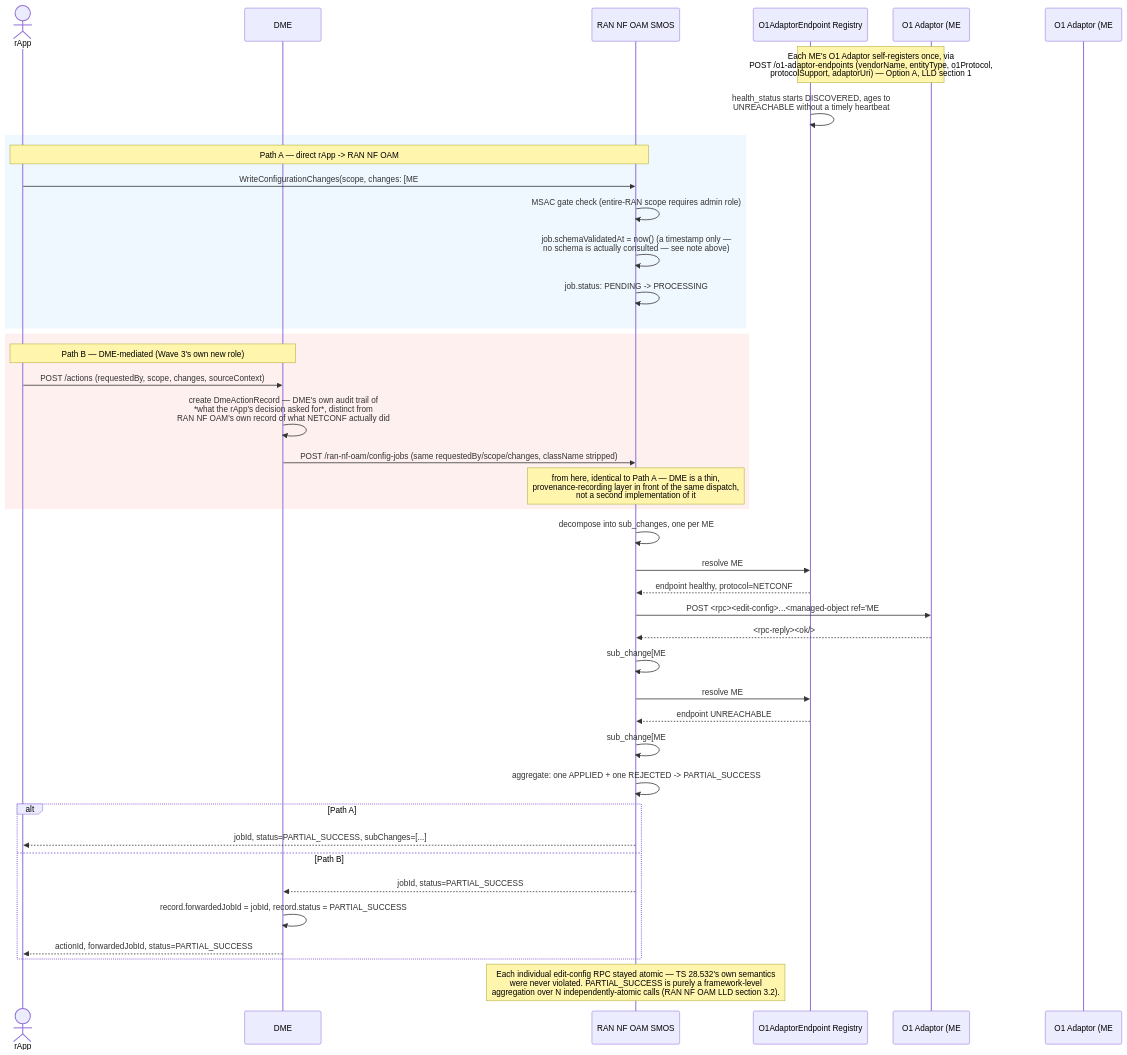
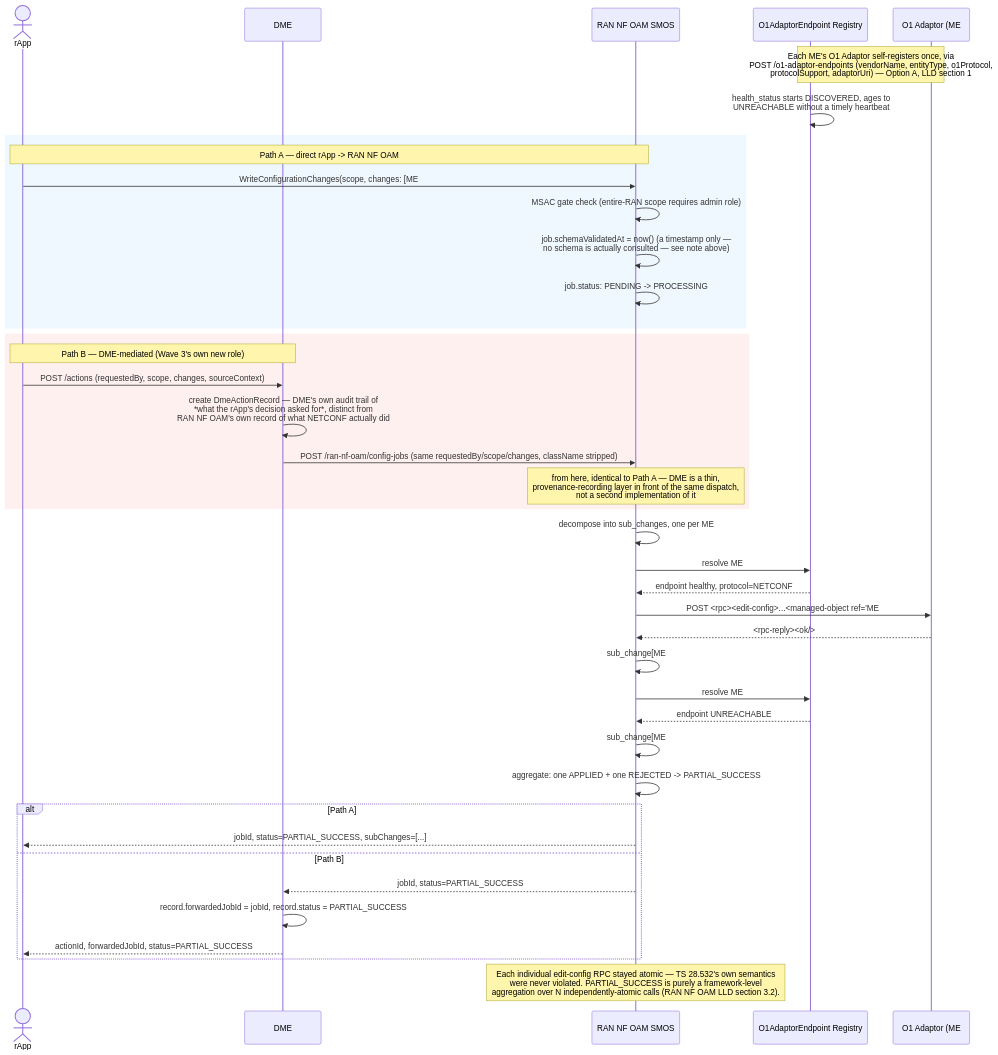
One commit to rsys-bshankar/ai-ran-ref changed the diagram in smo/docs/call-flows/03-config-write-with-schema-check.md. Above: the diagram before and after it, drawn with Mermaid. The commit also changed other lines of this file and 11 other files, not shown here.

First line of the commit message:
Ground 10 call flows against the user's architectural review, write up 7 AI/ML-pipeline gaps in OPEN_ITEMS.md

````diff
--- a/smo/docs/call-flows/03-config-write-with-schema-check.md
+++ b/smo/docs/call-flows/03-config-write-with-schema-check.md
@@ -20,50 +34,49 @@
 ```mermaid
 sequenceDiagram
     actor rApp
     participant DME as DME
     participant NFOAM as RAN NF OAM SMOS
     participant Registry as O1AdaptorEndpoint Registry
     participant EP1 as O1 Adaptor (ME #1)
-    participant EP2 as O1 Adaptor (ME #2)
 
     Note over EP1,Registry: Each ME's O1 Adaptor self-registers once, via<br/>POST /o1-adaptor-endpoints (vendorName, entityType, o1Protocol,<br/>protocolSupport, adaptorUri) — Option A, LLD section 1
     Registry->>Registry: health_status starts DISCOVERED, ages to<br/>UNREACHABLE without a timely heartbeat
 
     rect rgb(240, 248, 255)
     Note over rApp,NFOAM: Path A — direct rApp -> RAN NF OAM
     rApp->>NFOAM: WriteConfigurationChanges(scope, changes: [ME#1 change, ME#2 change])
     NFOAM->>NFOAM: MSAC gate check (entire-RAN scope requires admin role)
     NFOAM->>NFOAM: job.schemaValidatedAt = now() (a timestamp only —<br/>no schema is actually consulted — see note above)
     NFOAM->>NFOAM: job.status: PENDING -> PROCESSING
     end
 
     rect rgb(255, 240, 240)
     Note over rApp,DME: Path B — DME-mediated (Wave 3's own new role)
     rApp->>DME: POST /actions (requestedBy, scope, changes, sourceContext)
     DME->>DME: create DmeActionRecord — DME's own audit trail of<br/>*what the rApp's decision asked for*, distinct from<br/>RAN NF OAM's own record of what NETCONF actually did
     DME->>NFOAM: POST /ran-nf-oam/config-jobs (same requestedBy/scope/changes, className stripped)
     Note over NFOAM: from here, identical to Path A — DME is a thin,<br/>provenance-recording layer in front of the same dispatch,<br/>not a second implementation of it
     end
 
     NFOAM->>NFOAM: decompose into sub_changes, one per ME
     NFOAM->>Registry: resolve ME#1's endpoint
     Registry-->>NFOAM: endpoint healthy, protocol=NETCONF
     NFOAM->>EP1: POST <rpc><edit-config>...<managed-object ref="ME#1" operation="merge">...(RFC 6241, netconf_client.py)
     EP1-->>NFOAM: <rpc-reply><ok/>
     NFOAM->>NFOAM: sub_change[ME#1].status = APPLIED
 
     NFOAM->>Registry: resolve ME#2's endpoint
     Registry-->>NFOAM: endpoint UNREACHABLE
     NFOAM->>NFOAM: sub_change[ME#2].status = REJECTED (ENDPOINT_UNREACHABLE)
 
     NFOAM->>NFOAM: aggregate: one APPLIED + one REJECTED -> PARTIAL_SUCCESS
     alt Path A
         NFOAM-->>rApp: jobId, status=PARTIAL_SUCCESS, subChanges=[...]
     else Path B
         NFOAM-->>DME: jobId, status=PARTIAL_SUCCESS
         DME->>DME: record.forwardedJobId = jobId, record.status = PARTIAL_SUCCESS
         DME-->>rApp: actionId, forwardedJobId, status=PARTIAL_SUCCESS
     end
 
     Note over NFOAM: Each individual edit-config RPC stayed atomic — TS 28.532's own semantics<br/>were never violated. PARTIAL_SUCCESS is purely a framework-level<br/>aggregation over N independently-atomic calls (RAN NF OAM LLD section 3.2).
 ```
````
